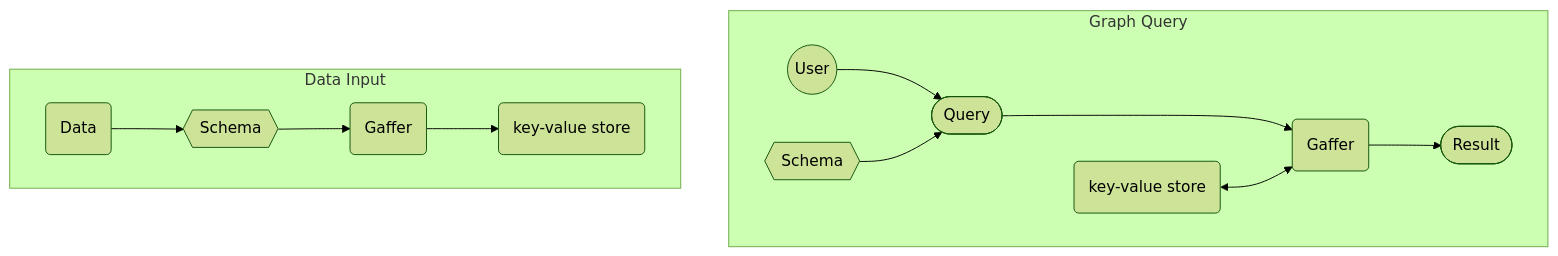
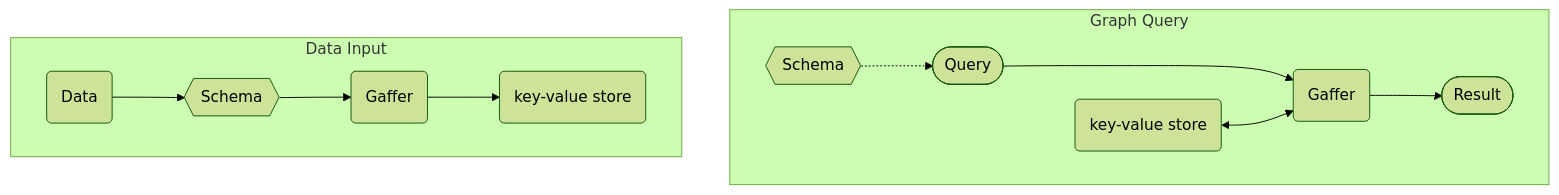
One commit to gchq/gaffer-doc changed the diagram in docs/user-guide/gaffer-basics/what-is-gaffer.md. Above: the diagram before and after it, drawn with Mermaid (forest theme). The commit also changed other lines of this file, not shown here.

First line of the commit message:
Gh-387: Update the "What is Gaffer" page in the user guide (#396)

````diff
--- a/docs/user-guide/gaffer-basics/what-is-gaffer.md
+++ b/docs/user-guide/gaffer-basics/what-is-gaffer.md
@@ -10,15 +12,14 @@
 ```mermaid
 flowchart TD
     subgraph Graph Query
-        E((User)) --> F
-        G{{Schema}} --> F
+        G{{Schema}} -.-> F
         F([Query]) ---> H(Gaffer)
         J(key-value store) <--> H
         H --> K([Result])
     end
     subgraph Data Input
         A(Data)-->B{{Schema}}
         B --> C(Gaffer)
         C --> D(key-value store)
     end
 ```
````
